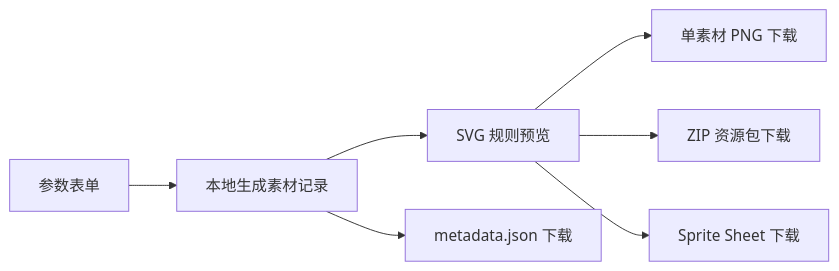
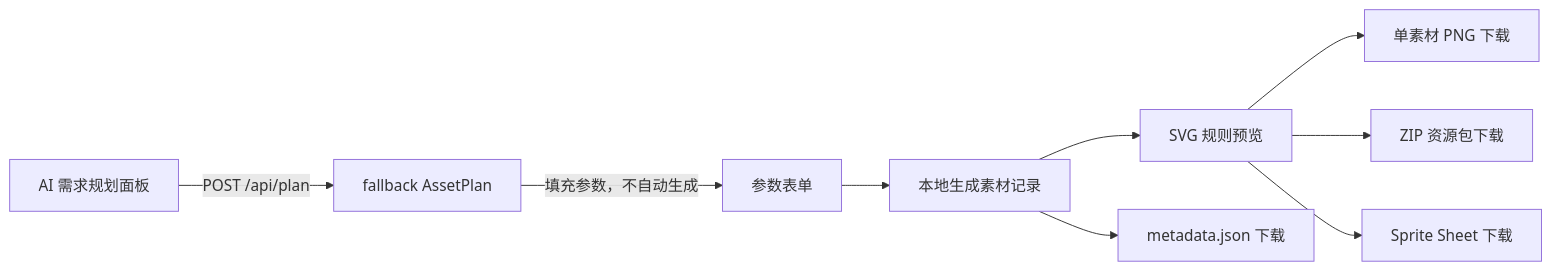
The first of 2 diagrams in docs/ARCHITECTURE.md (px-ego/game-asset-forge), drawn with Mermaid before and after one commit. The commit also changed other lines of this file and 8 other files, not shown here.

````diff
--- a/docs/ARCHITECTURE.md
+++ b/docs/ARCHITECTURE.md
@@ -19,9 +19,11 @@
 ```mermaid
 flowchart LR
-  A["参数表单"] --> B["本地生成素材记录"]
+  P["AI 需求规划面板"] -->|"POST /api/plan"| H["fallback AssetPlan"]
+  H -->|"填充参数，不自动生成"| A["参数表单"]
+  A --> B["本地生成素材记录"]
   B --> C["SVG 规则预览"]
   C --> D["单素材 PNG 下载"]
   B --> E["metadata.json 下载"]
   C --> F["ZIP 资源包下载"]
   C --> G["Sprite Sheet 下载"]
 ```
````
